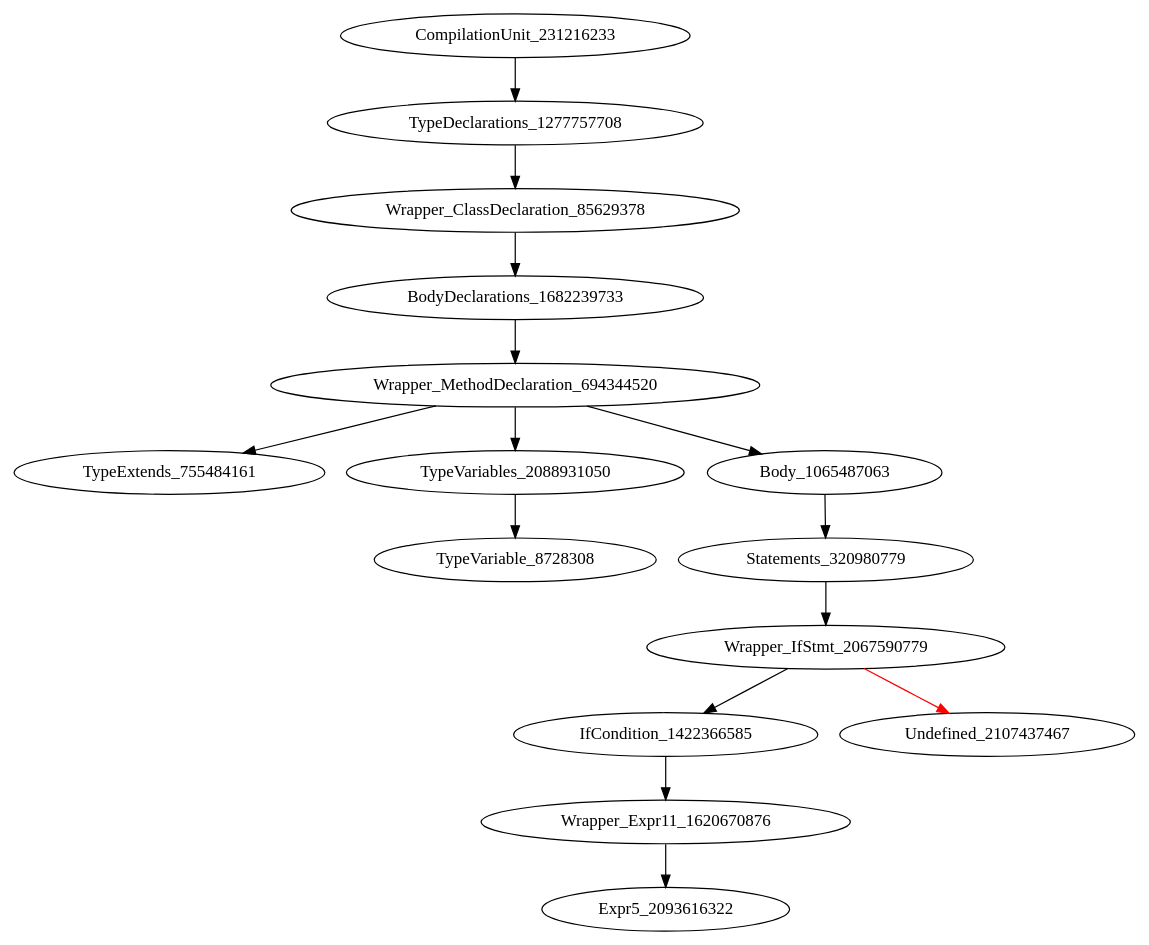
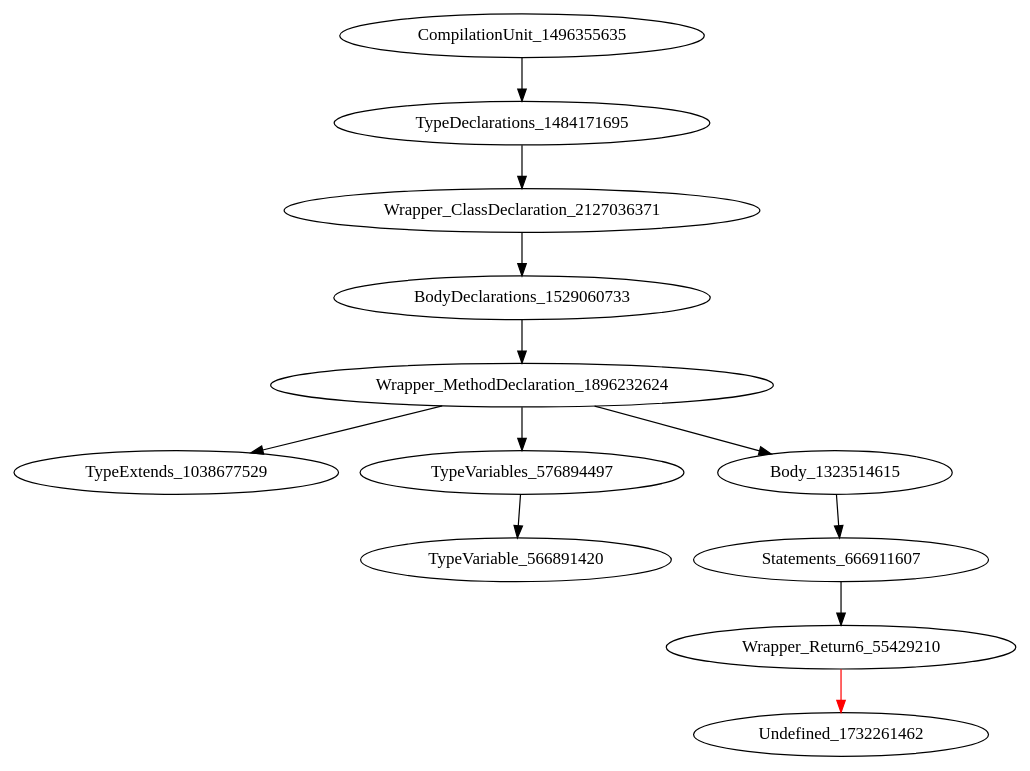
Before and after one commit to icse2023material/VoiceJava: the diagram in holeAST.dot, drawn with Graphviz. The commit also changed 4 other files, not shown here.

Commit message:
[refactor] of return expression part; todo: wrapper in for/while/if

```diff
--- a/holeAST.dot
+++ b/holeAST.dot
@@ -1,16 +1,13 @@
 digraph {
-CompilationUnit_231216233 -> TypeDeclarations_1277757708
-TypeDeclarations_1277757708 -> Wrapper_ClassDeclaration_85629378
-Wrapper_ClassDeclaration_85629378 -> BodyDeclarations_1682239733
-BodyDeclarations_1682239733 -> Wrapper_MethodDeclaration_694344520
-Wrapper_MethodDeclaration_694344520 -> TypeExtends_755484161
-Wrapper_MethodDeclaration_694344520 -> TypeVariables_2088931050
-Wrapper_MethodDeclaration_694344520 -> Body_1065487063
-TypeVariables_2088931050 -> TypeVariable_8728308
-Body_1065487063 -> Statements_320980779
-Statements_320980779 -> Wrapper_IfStmt_2067590779
-Wrapper_IfStmt_2067590779 -> IfCondition_1422366585
-Wrapper_IfStmt_2067590779 -> Undefined_2107437467 [color = red] 
-IfCondition_1422366585 -> Wrapper_Expr11_1620670876
-Wrapper_Expr11_1620670876 -> Expr5_2093616322
+CompilationUnit_1496355635 -> TypeDeclarations_1484171695
+TypeDeclarations_1484171695 -> Wrapper_ClassDeclaration_2127036371
+Wrapper_ClassDeclaration_2127036371 -> BodyDeclarations_1529060733
+BodyDeclarations_1529060733 -> Wrapper_MethodDeclaration_1896232624
+Wrapper_MethodDeclaration_1896232624 -> TypeExtends_1038677529
+Wrapper_MethodDeclaration_1896232624 -> TypeVariables_576894497
+Wrapper_MethodDeclaration_1896232624 -> Body_1323514615
+TypeVariables_576894497 -> TypeVariable_566891420
+Body_1323514615 -> Statements_666911607
+Statements_666911607 -> Wrapper_Return6_55429210
+Wrapper_Return6_55429210 -> Undefined_1732261462 [color = red] 
 }
```
